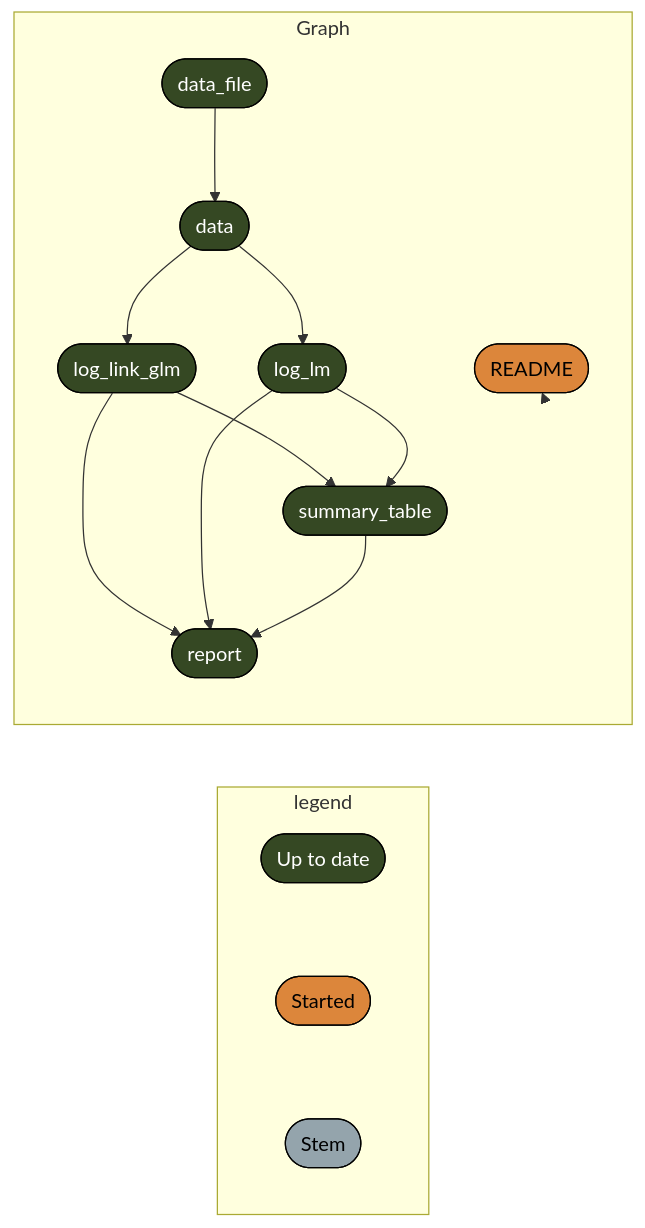
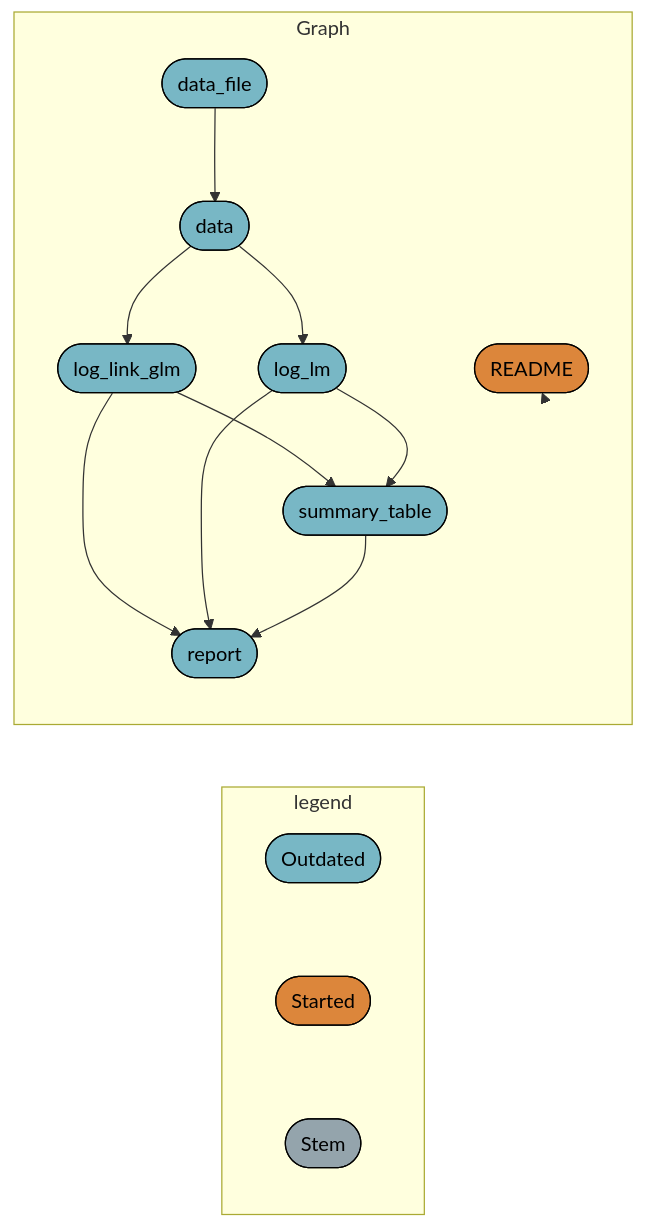
Before and after one commit to cct-datascience/targets-demo: the diagram in README.md, drawn with Mermaid. The commit also changed other lines of this file and 58 other files, not shown here.

````diff
--- a/README.md
+++ b/README.md
@@ -24,24 +24,24 @@
 ``` mermaid
 graph LR
   subgraph legend
-    x7420bd9270f8d27d([""Up to date""]):::uptodate --- x5b3426b4c7fa7dbc([""Started""]):::started
+    x0a52b03877696646([""Outdated""]):::outdated --- x5b3426b4c7fa7dbc([""Started""]):::started
     x5b3426b4c7fa7dbc([""Started""]):::started --- xbf4603d6c2c2ad6b([""Stem""]):::none
   end
   subgraph Graph
-    x5c3cf6a62d99a036(["log_link_glm"]):::uptodate --> x1aa14e4024bffa08(["summary_table"]):::uptodate
-    x5f659d069b8ddeae(["log_lm"]):::uptodate --> x1aa14e4024bffa08(["summary_table"]):::uptodate
-    xb7119b48552d1da3(["data"]):::uptodate --> x5c3cf6a62d99a036(["log_link_glm"]):::uptodate
-    xb7119b48552d1da3(["data"]):::uptodate --> x5f659d069b8ddeae(["log_lm"]):::uptodate
-    x5c3cf6a62d99a036(["log_link_glm"]):::uptodate --> xe0fba61fbc506510(["report"]):::uptodate
-    x5f659d069b8ddeae(["log_lm"]):::uptodate --> xe0fba61fbc506510(["report"]):::uptodate
-    x1aa14e4024bffa08(["summary_table"]):::uptodate --> xe0fba61fbc506510(["report"]):::uptodate
-    x9902c3bf9eac92fd(["data_file"]):::uptodate --> xb7119b48552d1da3(["data"]):::uptodate
+    x5c3cf6a62d99a036(["log_link_glm"]):::outdated --> x1aa14e4024bffa08(["summary_table"]):::outdated
+    x5f659d069b8ddeae(["log_lm"]):::outdated --> x1aa14e4024bffa08(["summary_table"]):::outdated
+    xb7119b48552d1da3(["data"]):::outdated --> x5c3cf6a62d99a036(["log_link_glm"]):::outdated
+    xb7119b48552d1da3(["data"]):::outdated --> x5f659d069b8ddeae(["log_lm"]):::outdated
+    x5c3cf6a62d99a036(["log_link_glm"]):::outdated --> xe0fba61fbc506510(["report"]):::outdated
+    x5f659d069b8ddeae(["log_lm"]):::outdated --> xe0fba61fbc506510(["report"]):::outdated
+    x1aa14e4024bffa08(["summary_table"]):::outdated --> xe0fba61fbc506510(["report"]):::outdated
+    x9902c3bf9eac92fd(["data_file"]):::outdated --> xb7119b48552d1da3(["data"]):::outdated
     x793b57f9be3e25d5(["README"]):::started --> x793b57f9be3e25d5(["README"]):::started
   end
-  classDef uptodate stroke:#000000,color:#ffffff,fill:#354823;
+  classDef outdated stroke:#000000,color:#000000,fill:#78B7C5;
   classDef started stroke:#000000,color:#000000,fill:#DC863B;
   classDef none stroke:#000000,color:#000000,fill:#94a4ac;
   linkStyle 0 stroke-width:0px;
   linkStyle 1 stroke-width:0px;
   linkStyle 10 stroke-width:0px;
 ```
````
